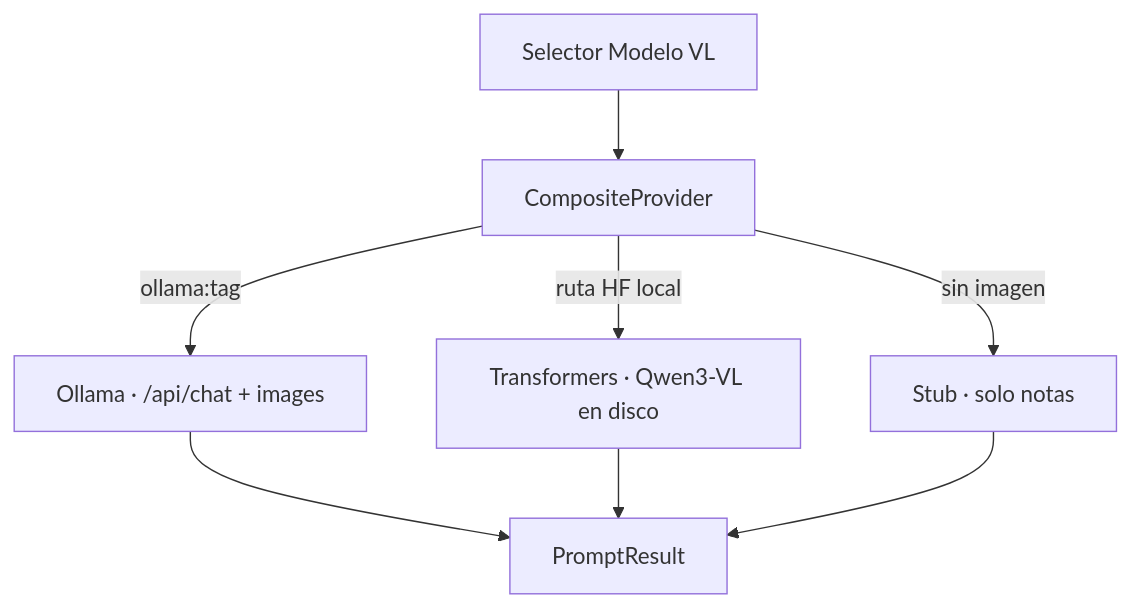
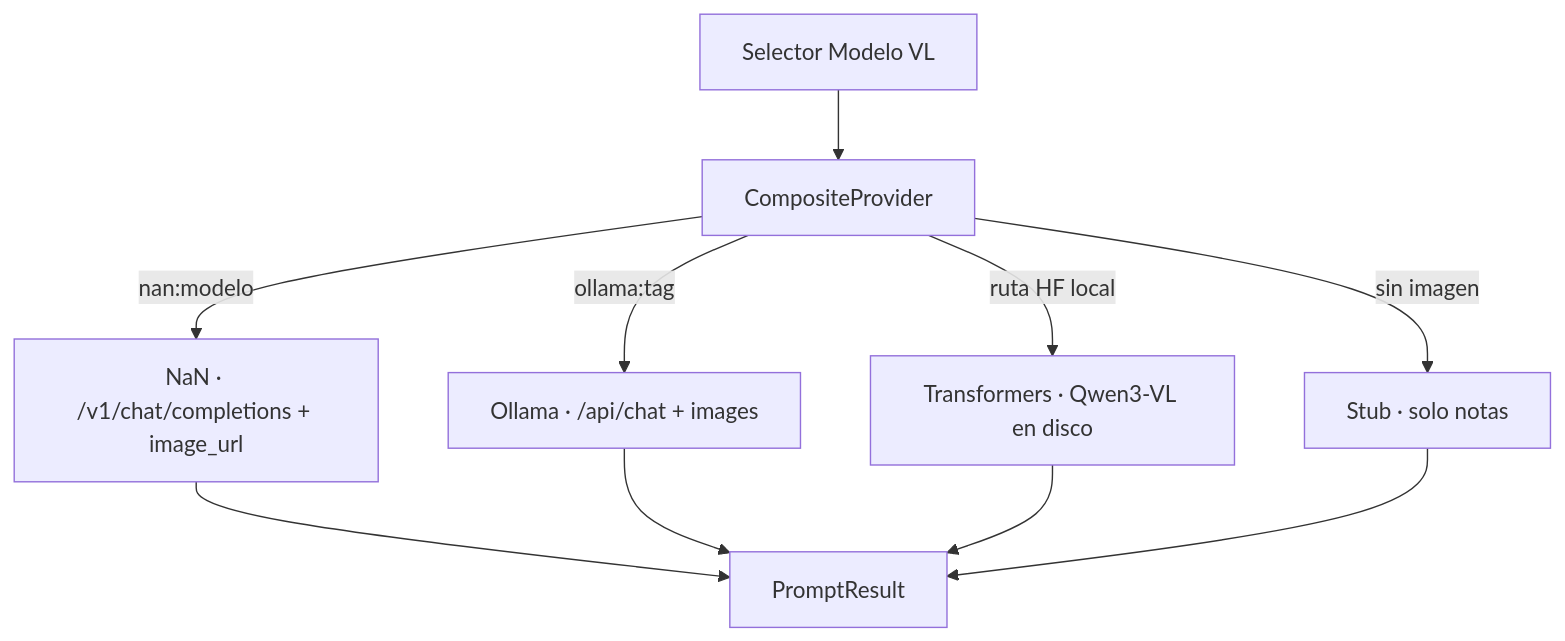
One commit to pcgarat/sd-forge-img2prompt changed the second of 3 diagrams in README.md. Above: the diagram before and after it, drawn with Mermaid. The commit also changed other lines of this file and 10 other files, not shown here.

````diff
--- a/README.md
+++ b/README.md
@@ -64,13 +64,15 @@
 ```mermaid
 flowchart TB
   UI[Selector Modelo VL]
   UI --> Comp[CompositeProvider]
 
   Comp -->|sin imagen| Stub[Stub · solo notas]
+  Comp -->|nan:modelo| Nan[NaN · /v1/chat/completions + image_url]
   Comp -->|ollama:tag| Ollama[Ollama · /api/chat + images]
   Comp -->|ruta HF local| HF[Transformers · Qwen3-VL en disco]
 
-  Ollama --> Out[PromptResult]
+  Nan --> Out[PromptResult]
+  Ollama --> Out
   HF --> Out
   Stub --> Out
 ```
````
